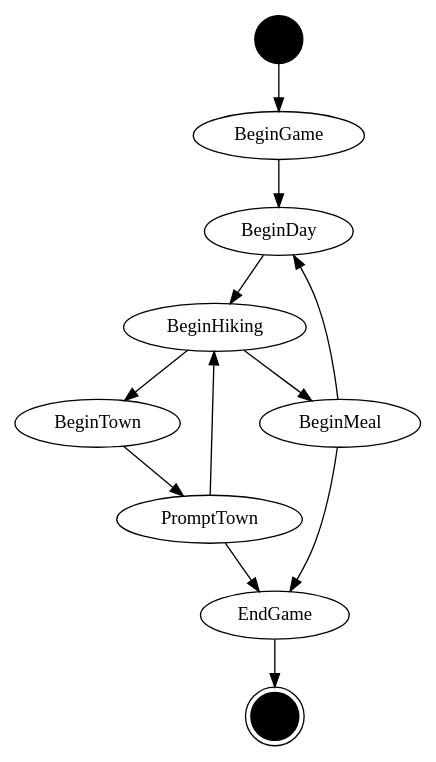
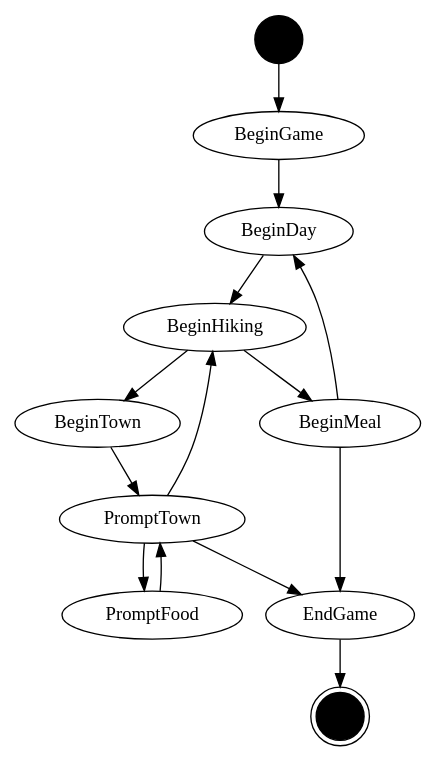
Before and after one commit to ahepp/pct: the diagram in dot/states.dot, drawn with Graphviz. The commit also changed 6 other files, not shown here.

Commit message:
add food purchase prompt

```diff
--- a/dot/states.dot
+++ b/dot/states.dot
@@ -1,15 +1,17 @@
 digraph states {
     start [label="" shape=circle style=filled color=black]
     end [label="" shape=doublecircle style=filled color=black]
     start -> BeginGame
     BeginGame -> BeginDay
     BeginDay -> BeginHiking
     BeginHiking -> BeginTown
     BeginHiking -> BeginMeal
     BeginTown -> PromptTown
     PromptTown -> BeginHiking
+    PromptTown -> PromptFood
     PromptTown -> EndGame
     BeginMeal -> BeginDay
     BeginMeal -> EndGame
+    PromptFood -> PromptTown
     EndGame -> end
 }
```
